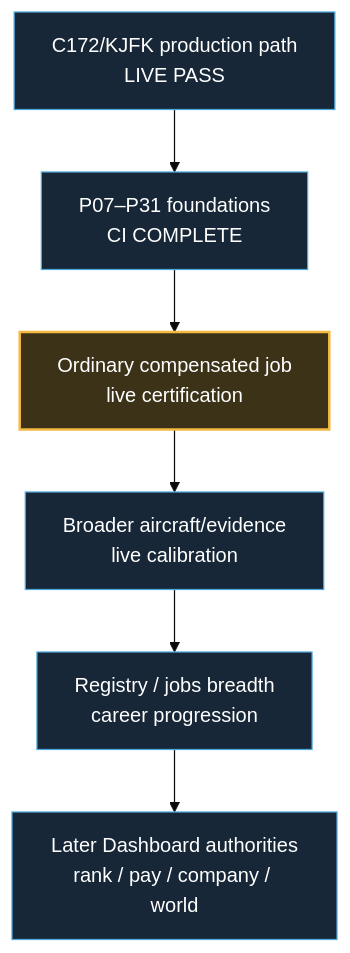
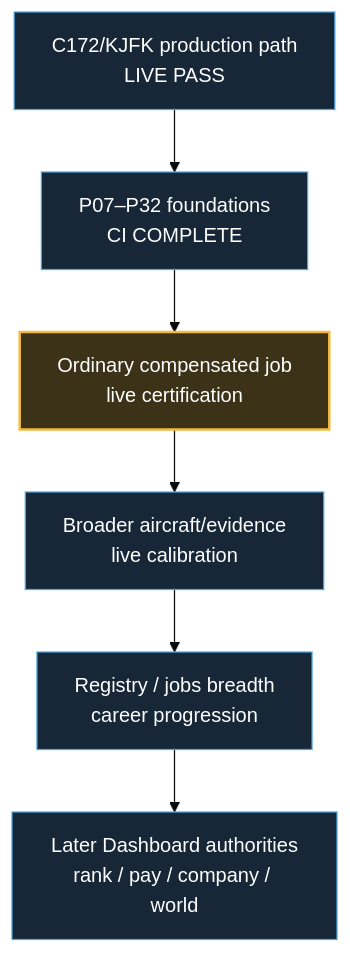
The second of 2 diagrams in docs/development-master-checklist.md (dhavalpddn-eng/OpenCareer), drawn with Mermaid (base theme) before and after one commit. The commit also changed other lines of this file and 2 other files, not shown here.

````diff
--- a/docs/development-master-checklist.md
+++ b/docs/development-master-checklist.md
@@ -54,13 +54,13 @@
 ```mermaid
 flowchart TD
-    A["C172/KJFK production path<br/>LIVE PASS"] --> B["P07–P31 foundations<br/>CI COMPLETE"]
+    A["C172/KJFK production path<br/>LIVE PASS"] --> B["P07–P32 foundations<br/>CI COMPLETE"]
     B --> C["Ordinary compensated job<br/>live certification"]
     C --> D["Broader aircraft/evidence<br/>live calibration"]
     D --> E["Registry / jobs breadth<br/>career progression"]
     E --> F["Later Dashboard authorities<br/>rank / pay / company / world"]
 
     classDef next fill:#3b3218,stroke:#F4B942,color:#fff,stroke-width:2px;
     classDef future fill:#172737,stroke:#4EA8DE,color:#fff,stroke-width:1px;
     class C next;
     class A,B,D,E,F future;
 ```
````
